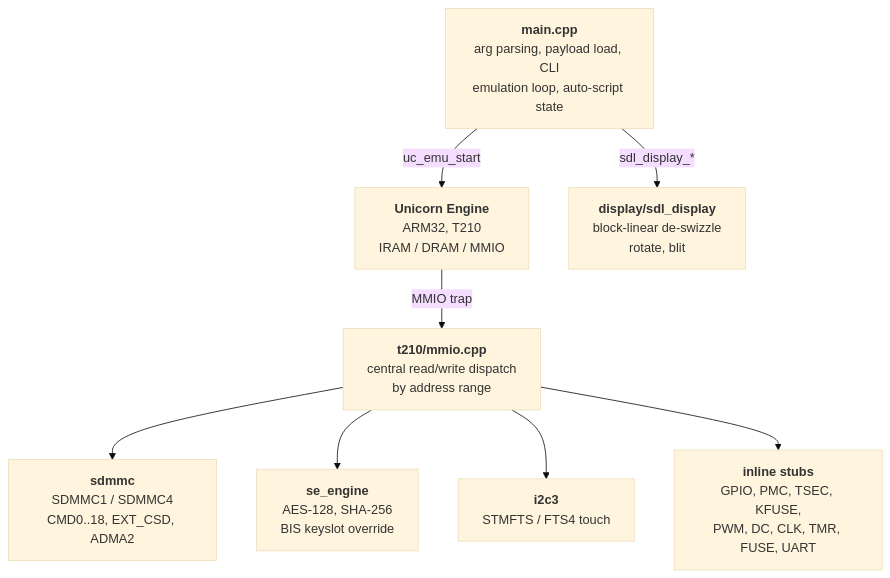
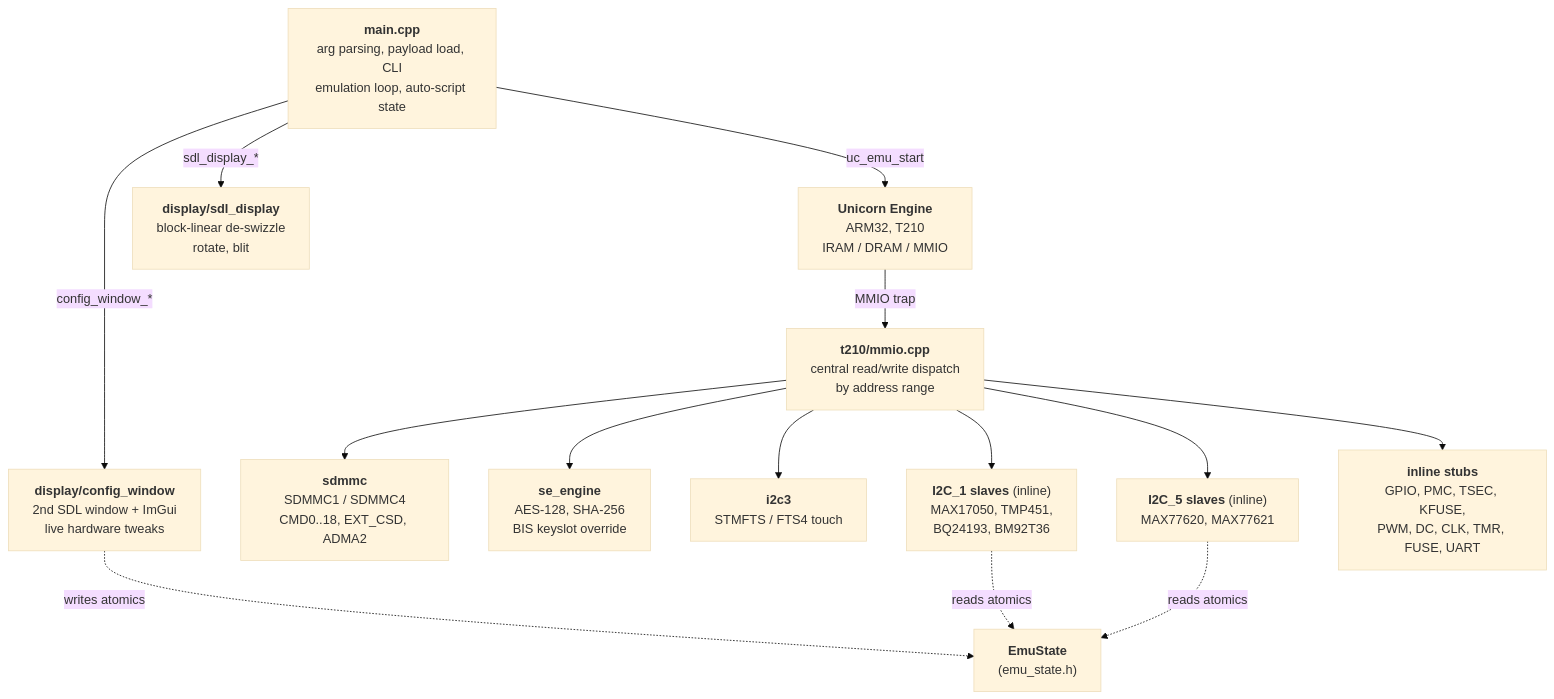
Before and after one commit to Creased/RCM-Emulator: the diagram in DESIGN.md, drawn with Mermaid (base theme). The commit also changed other lines of this file and 13 other files, not shown here.

Commit message:
Add live hardware-tweak config window (M key)

````diff
--- a/DESIGN.md
+++ b/DESIGN.md
@@ -9,14 +9,21 @@
 ```mermaid
 flowchart TB
     main["<b>main.cpp</b><br/>arg parsing, payload load, CLI<br/>emulation loop, auto-script state"]
 
     main -->|uc_emu_start| uc["<b>Unicorn Engine</b><br/>ARM32, T210<br/>IRAM / DRAM / MMIO"]
     main -->|sdl_display_*| sdl["<b>display/sdl_display</b><br/>block-linear de-swizzle<br/>rotate, blit"]
+    main -->|config_window_*| cfg["<b>display/config_window</b><br/>2nd SDL window + ImGui<br/>live hardware tweaks"]
 
     uc -->|MMIO trap| mmio["<b>t210/mmio.cpp</b><br/>central read/write dispatch<br/>by address range"]
 
     mmio --> sdmmc["<b>sdmmc</b><br/>SDMMC1 / SDMMC4<br/>CMD0..18, EXT_CSD, ADMA2"]
     mmio --> se["<b>se_engine</b><br/>AES-128, SHA-256<br/>BIS keyslot override"]
     mmio --> i2c["<b>i2c3</b><br/>STMFTS / FTS4 touch"]
+    mmio --> i2c1["<b>I2C_1 slaves</b> (inline)<br/>MAX17050, TMP451,<br/>BQ24193, BM92T36"]
+    mmio --> i2c5["<b>I2C_5 slaves</b> (inline)<br/>MAX77620, MAX77621"]
     mmio --> stubs["<b>inline stubs</b><br/>GPIO, PMC, TSEC, KFUSE,<br/>PWM, DC, CLK, TMR, FUSE, UART"]
+
+    cfg -.->|writes atomics| state["<b>EmuState</b><br/>(emu_state.h)"]
+    i2c1 -.->|reads atomics| state
+    i2c5 -.->|reads atomics| state
 ```
````
